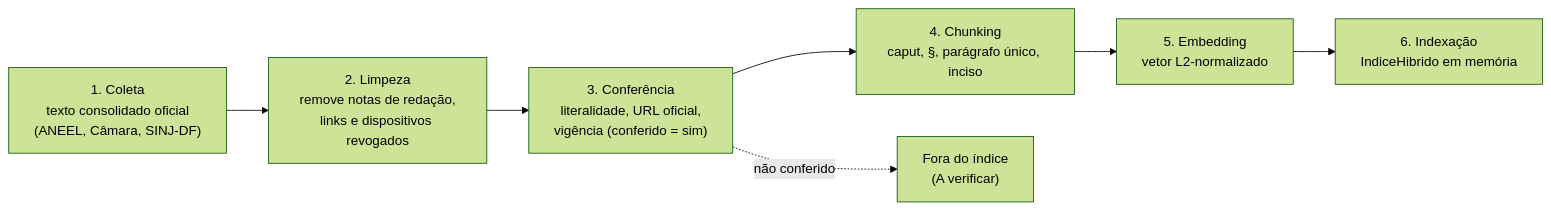
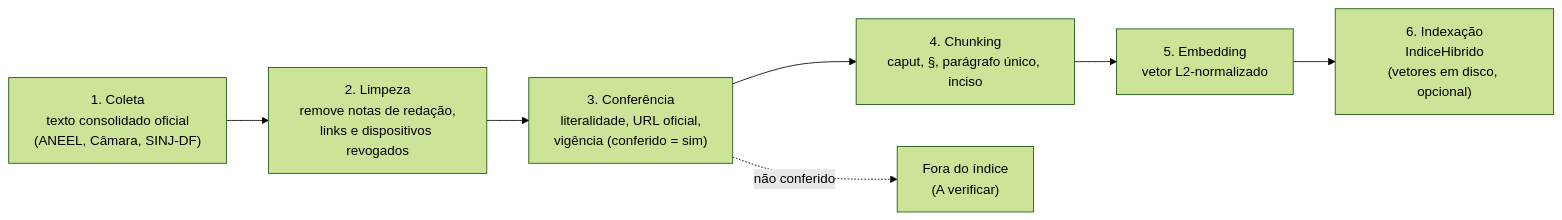
One commit to grupo-8-residencia/Fatura-Aberta changed the second of 2 diagrams in docs/arquitetura/rag.md. Above: the diagram before and after it, drawn with Mermaid (forest theme). The commit also changed other lines of this file and 13 other files, not shown here.

````diff
--- a/docs/arquitetura/rag.md
+++ b/docs/arquitetura/rag.md
@@ -23,9 +23,9 @@
 ```mermaid
 flowchart LR
     A["1. Coleta<br/>texto consolidado oficial<br/>(ANEEL, Câmara, SINJ-DF)"] --> B["2. Limpeza<br/>remove notas de redação,<br/>links e dispositivos revogados"]
     B --> C["3. Conferência<br/>literalidade, URL oficial,<br/>vigência (conferido = sim)"]
     C --> D["4. Chunking<br/>caput, §, parágrafo único, inciso"]
     D --> E["5. Embedding<br/>vetor L2-normalizado"]
-    E --> F["6. Indexação<br/>IndiceHibrido em memória"]
+    E --> F["6. Indexação<br/>IndiceHibrido<br/>(vetores em disco, opcional)"]
     C -. "não conferido" .-> X["Fora do índice<br/>(A verificar)"]
 ```
````
